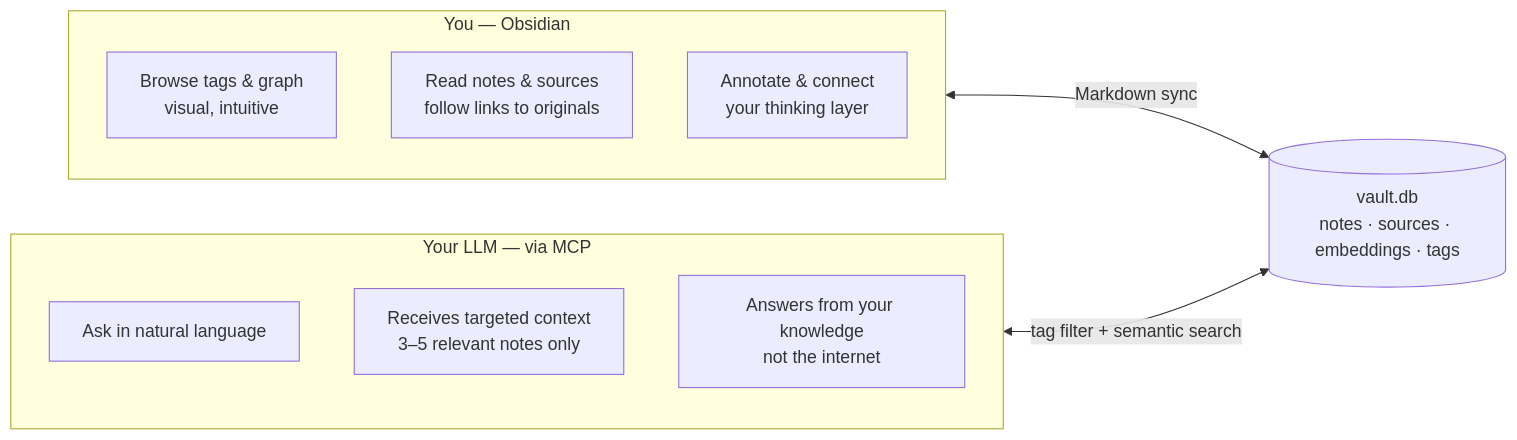
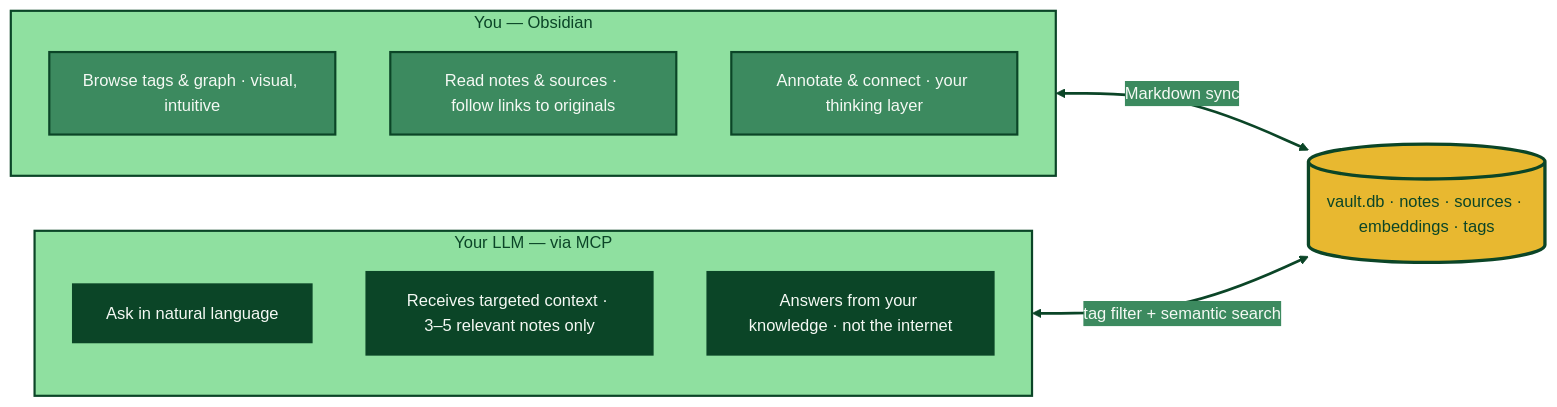
Before and after one commit to Vincent-20-100/egovault: the third of 3 diagrams in README.md, drawn with Mermaid. The commit also changed other lines of this file and 5 other files, not shown here.

First line of the commit message:
docs: brand identity — pixel banner, logo set, themed mermaid diagrams

````diff
--- a/README.md
+++ b/README.md
@@ -129,19 +153,29 @@
 ```mermaid
+%%{init: {'theme':'base','themeVariables':{'fontFamily':'ui-sans-serif, system-ui, -apple-system, Segoe UI, sans-serif','fontSize':'15px','primaryColor':'#0B4527','primaryTextColor':'#F5F9F4','primaryBorderColor':'#0B4527','lineColor':'#0B4527','secondaryColor':'#3C8A5F','tertiaryColor':'#8FE0A0'}}}%%
 flowchart LR
+    classDef human fill:#3C8A5F,stroke:#0B4527,stroke-width:2px,color:#F5F9F4
+    classDef machine fill:#0B4527,stroke:#0B4527,stroke-width:2px,color:#F5F9F4
+    classDef store fill:#E8B830,stroke:#0B4527,stroke-width:3px,color:#0B4527
+
     subgraph YOU["You — Obsidian"]
-        NAV["Browse tags & graph\nvisual, intuitive"]
-        READ["Read notes & sources\nfollow links to originals"]
-        ANNO["Annotate & connect\nyour thinking layer"]
+        NAV["Browse tags & graph · visual, intuitive"]:::human
+        READ["Read notes & sources · follow links to originals"]:::human
+        ANNO["Annotate & connect · your thinking layer"]:::human
     end
 
     subgraph LLM["Your LLM — via MCP"]
-        ASK["Ask in natural language"]
-        GET["Receives targeted context\n3–5 relevant notes only"]
-        ANS["Answers from your knowledge\nnot the internet"]
+        ASK["Ask in natural language"]:::machine
+        GET["Receives targeted context · 3–5 relevant notes only"]:::machine
+        ANS["Answers from your knowledge · not the internet"]:::machine
     end
 
-    DB[("vault.db\nnotes · sources · embeddings · tags")]
+    DB[("vault.db · notes · sources · embeddings · tags")]:::store
 
     YOU <-->|"Markdown sync"| DB
     LLM <-->|"tag filter + semantic search"| DB
+
+    style YOU fill:#8FE0A0,stroke:#0B4527,stroke-width:2px,color:#0B4527
+    style LLM fill:#8FE0A0,stroke:#0B4527,stroke-width:2px,color:#0B4527
+
+    linkStyle default stroke:#0B4527,stroke-width:2.5px
 ```
````
